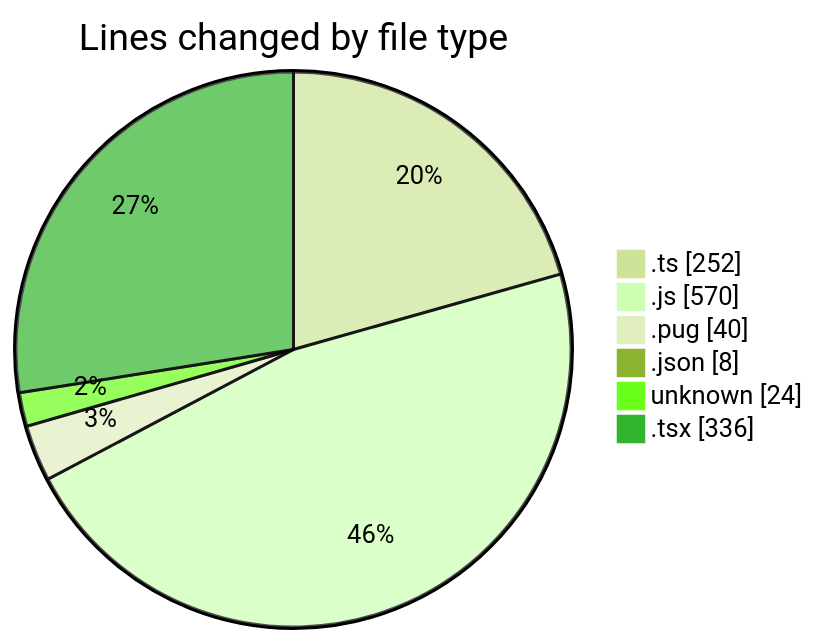
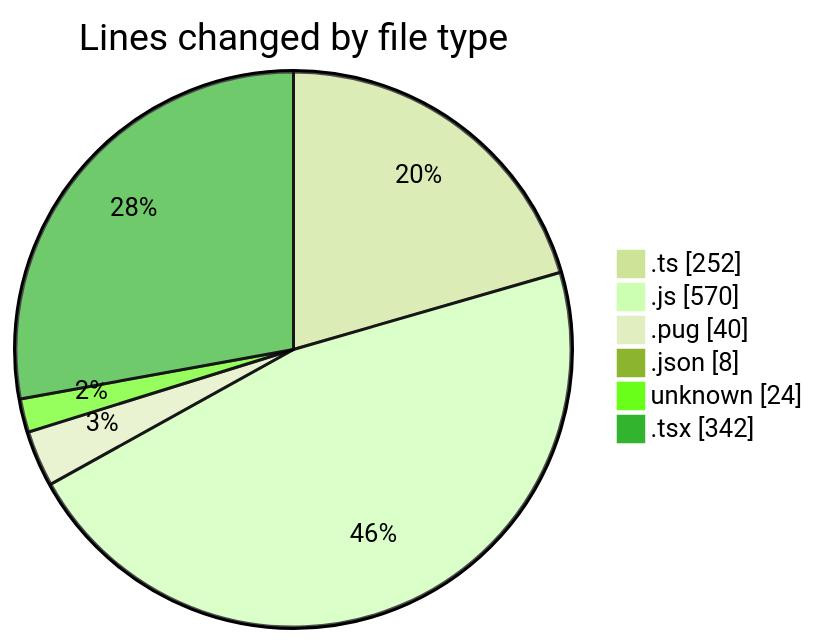
Before and after one commit to momahboobian/code-tracking: the first of 2 diagrams in 2025-02-25/cda/README.md, drawn with Mermaid (forest theme). The commit also changed other lines of this file and 1 other file, not shown here.

````diff
--- a/2025-02-25/cda/README.md
+++ b/2025-02-25/cda/README.md
@@ -34,10 +34,10 @@
 ```mermaid
 pie showData
 title Lines changed by file type
 ".ts" : 252
 ".js" : 570
 ".pug" : 40
 ".json" : 8
 "unknown" : 24
-".tsx" : 336
+".tsx" : 342
 ```
````
